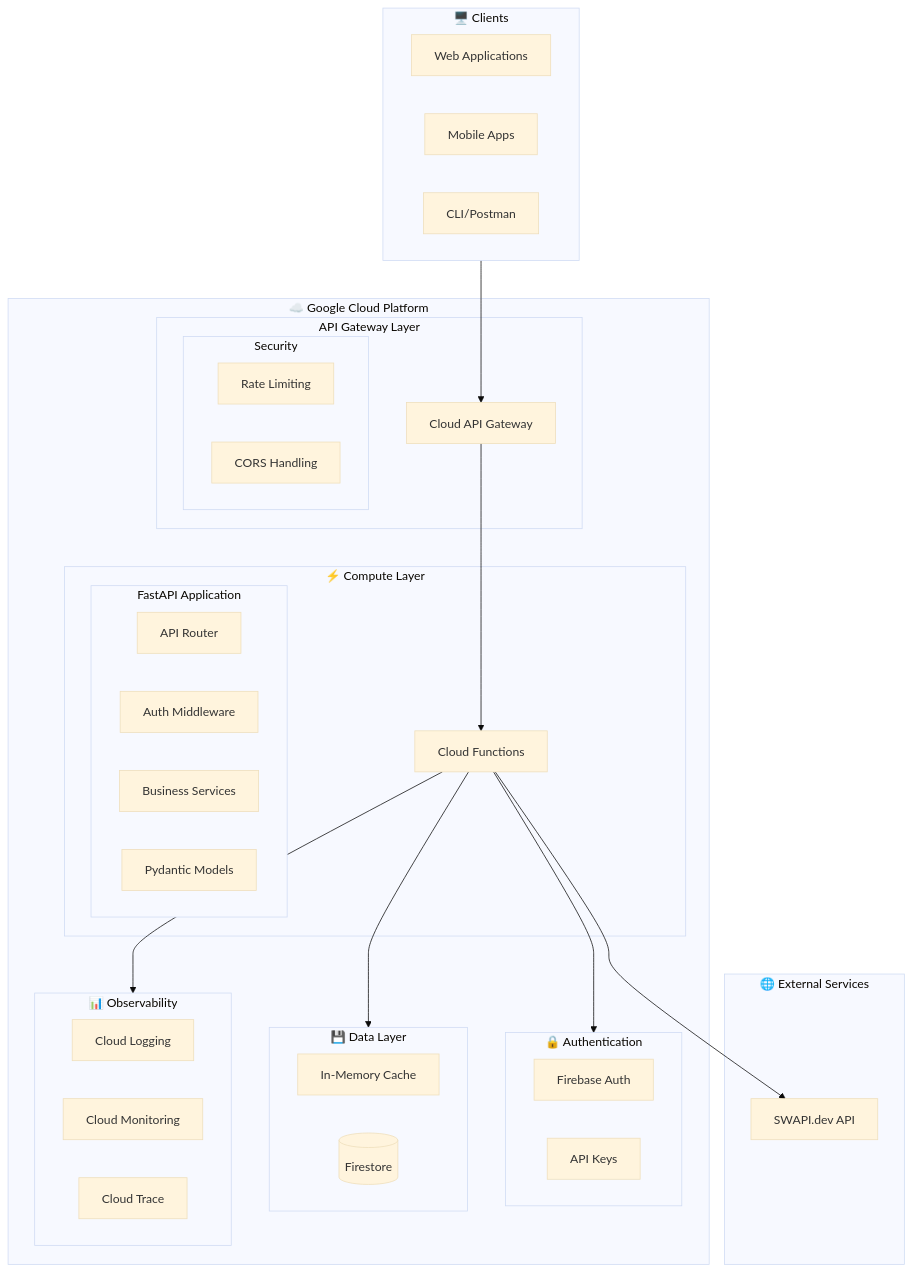
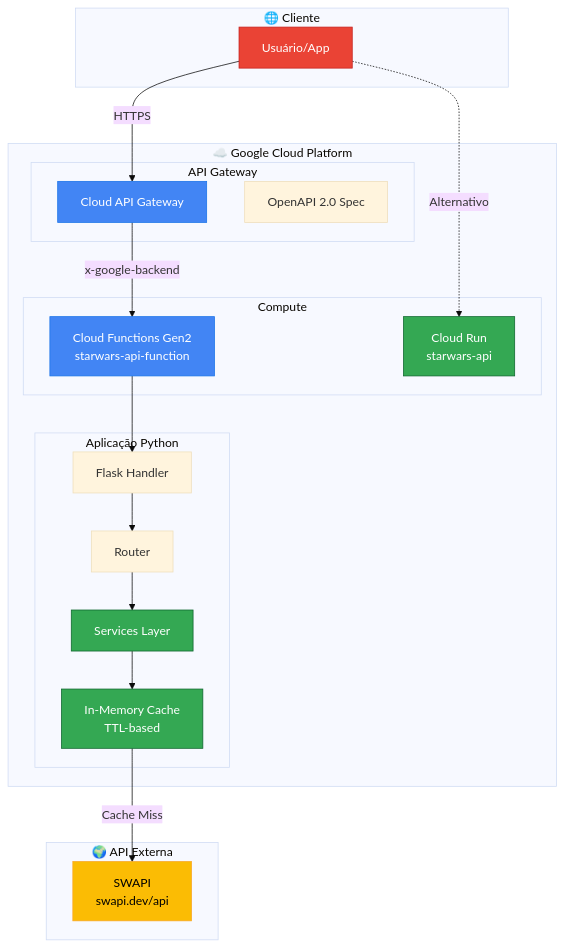
One commit to viniciuslks7/API-Starwars changed the first of 2 diagrams in docs/architecture.md. Above: the diagram before and after it, drawn with Mermaid (base theme). The commit also changed other lines of this file and 7 other files, not shown here.

First line of the commit message:
docs: reorganiza e atualiza toda documentação para arquitetura Cloud Functions + API Gateway

````diff
--- a/docs/architecture.md
+++ b/docs/architecture.md
@@ -9,55 +24,49 @@
 ```mermaid
 flowchart TB
-    subgraph Clients["🖥️ Clients"]
-        WEB[Web Applications]
-        MOB[Mobile Apps]
-        CLI[CLI/Postman]
+    subgraph Client["🌐 Cliente"]
+        USER[Usuário/App]
     end
 
     subgraph GCP["☁️ Google Cloud Platform"]
-        subgraph Gateway["API Gateway Layer"]
+        subgraph Gateway["API Gateway"]
             APIGW[Cloud API Gateway]
-            subgraph Security["Security"]
-                RATELIMIT[Rate Limiting]
-                CORS[CORS Handling]
-            end
+            SPEC[OpenAPI 2.0 Spec]
         end
-        
-        subgraph Auth["🔒 Authentication"]
-            FIREBASE[Firebase Auth]
-            APIKEYS[API Keys]
+
+        subgraph Compute["Compute"]
+            CF[Cloud Functions Gen2<br/>starwars-api-function]
+            CR[Cloud Run<br/>starwars-api]
         end
-        
-        subgraph Compute["⚡ Compute Layer"]
-            CF[Cloud Functions]
-            subgraph App["FastAPI Application"]
-                ROUTER[API Router]
-                MIDDLEWARE[Auth Middleware]
-                SERVICES[Business Services]
-                MODELS[Pydantic Models]
-            end
-        end
-        
-        subgraph Storage["💾 Data Layer"]
-            CACHE[In-Memory Cache]
-            FS[(Firestore)]
-        end
-        
-        subgraph Observability["📊 Observability"]
-            LOGGING[Cloud Logging]
-            MONITORING[Cloud Monitoring]
-            TRACE[Cloud Trace]
+
+        subgraph App["Aplicação Python"]
+            FLASK[Flask Handler]
+            ROUTER[Router]
+            SVC[Services Layer]
+            CACHE[In-Memory Cache<br/>TTL-based]
         end
     end
 
-    subgraph External["🌐 External Services"]
-        SWAPI[SWAPI.dev API]
+    subgraph External["🌍 API Externa"]
+        SWAPI[SWAPI<br/>swapi.dev/api]
     end
 
-    Clients --> APIGW
-    APIGW --> CF
-    CF --> Auth
-    CF --> SWAPI
-    CF --> Storage
-    CF --> Observability
+    USER -->|HTTPS| APIGW
+    APIGW -->|x-google-backend| CF
+    CF --> FLASK
+    FLASK --> ROUTER
+    ROUTER --> SVC
+    SVC --> CACHE
+    CACHE -->|Cache Miss| SWAPI
+    
+    USER -.->|Alternativo| CR
+
+    classDef primary fill:#4285f4,stroke:#1a73e8,color:#fff
+    classDef secondary fill:#34a853,stroke:#0d652d,color:#fff
+    classDef external fill:#fbbc04,stroke:#f9a825,color:#000
+    classDef client fill:#ea4335,stroke:#c5221f,color:#fff
+
+    class APIGW,CF primary
+    class CR,SVC,CACHE secondary
+    class SWAPI external
+    class USER client
 ```
````
